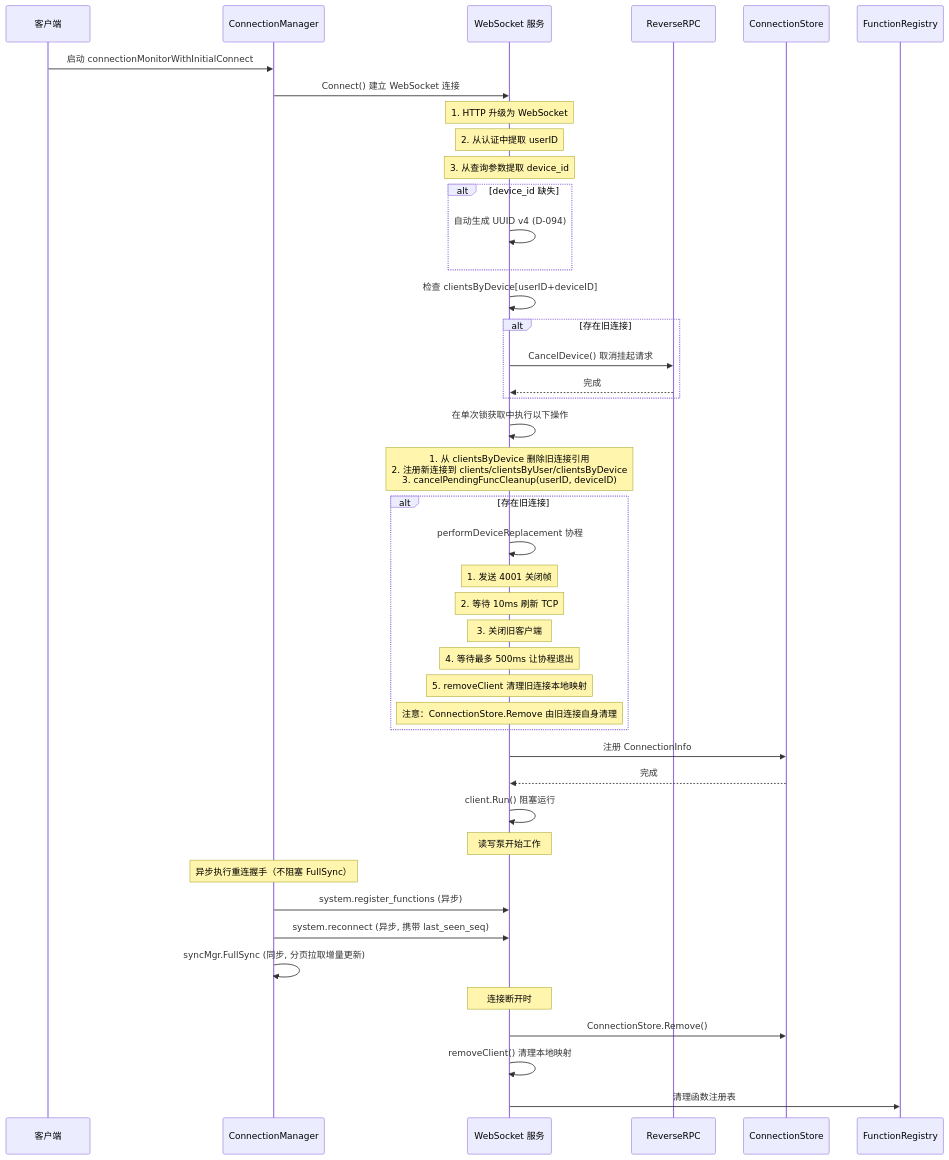
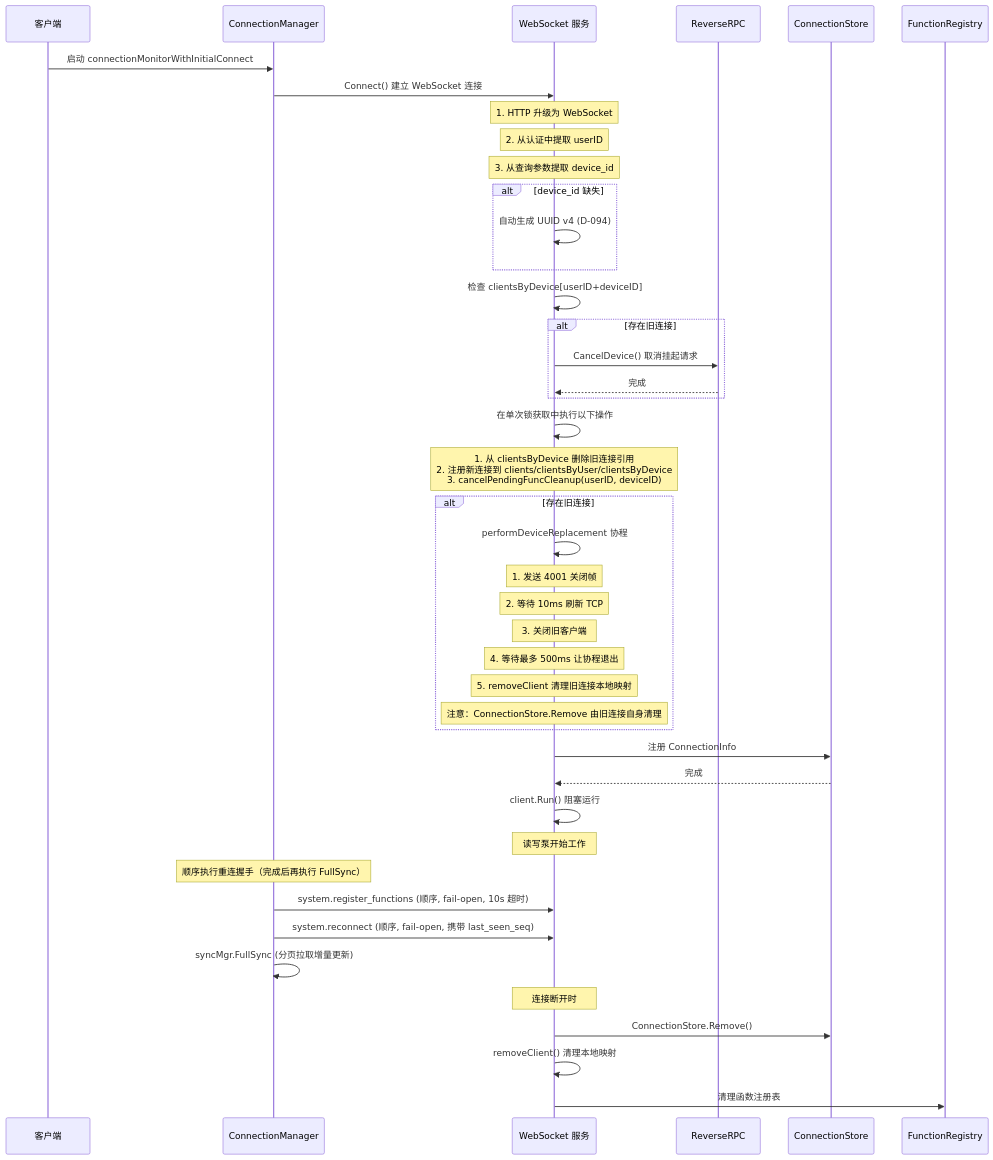
One commit to PineappleBond/xyncra-server changed the second of 8 diagrams in wiki/flows/client-registration.md. Above: the diagram before and after it, drawn with Mermaid. The commit also changed other lines of this file and 22 other files, not shown here.

````diff
--- a/wiki/flows/client-registration.md
+++ b/wiki/flows/client-registration.md
@@ -58,56 +58,56 @@
 ```mermaid
 sequenceDiagram
     participant C as 客户端
     participant CS as ConnectionManager
     participant WS as WebSocket 服务
     participant RL as ReverseRPC
     participant CM as ConnectionStore
     participant FR as FunctionRegistry
 
     C->>CS: 启动 connectionMonitorWithInitialConnect
     CS->>WS: Connect() 建立 WebSocket 连接
 
     Note over WS: 1. HTTP 升级为 WebSocket
     Note over WS: 2. 从认证中提取 userID
     Note over WS: 3. 从查询参数提取 device_id
 
     alt device_id 缺失
         WS->>WS: 自动生成 UUID v4 (D-094)
     end
 
     WS->>WS: 检查 clientsByDevice[userID+deviceID]
 
     alt 存在旧连接
         WS->>RL: CancelDevice() 取消挂起请求
         RL-->>WS: 完成
     end
 
     WS->>WS: 在单次锁获取中执行以下操作
     Note over WS: 1. 从 clientsByDevice 删除旧连接引用<br/>2. 注册新连接到 clients/clientsByUser/clientsByDevice<br/>3. cancelPendingFuncCleanup(userID, deviceID)
 
     alt 存在旧连接
         WS->>WS: performDeviceReplacement 协程
         Note over WS: 1. 发送 4001 关闭帧
         Note over WS: 2. 等待 10ms 刷新 TCP
         Note over WS: 3. 关闭旧客户端
         Note over WS: 4. 等待最多 500ms 让协程退出
         Note over WS: 5. removeClient 清理旧连接本地映射
         Note over WS: 注意：ConnectionStore.Remove 由旧连接自身清理
     end
 
     WS->>CM: 注册 ConnectionInfo
     CM-->>WS: 完成
 
     WS->>WS: client.Run() 阻塞运行
     Note over WS: 读写泵开始工作
 
-    Note over CS: 异步执行重连握手（不阻塞 FullSync）
-    CS->>WS: system.register_functions (异步)
-    CS->>WS: system.reconnect (异步, 携带 last_seen_seq)
-    CS->>CS: syncMgr.FullSync (同步, 分页拉取增量更新)
+    Note over CS: 顺序执行重连握手（完成后再执行 FullSync）
+    CS->>WS: system.register_functions (顺序, fail-open, 10s 超时)
+    CS->>WS: system.reconnect (顺序, fail-open, 携带 last_seen_seq)
+    CS->>CS: syncMgr.FullSync (分页拉取增量更新)
 
     Note over WS: 连接断开时
     WS->>CM: ConnectionStore.Remove()
     WS->>WS: removeClient() 清理本地映射
     WS->>FR: 清理函数注册表
 ```
````
